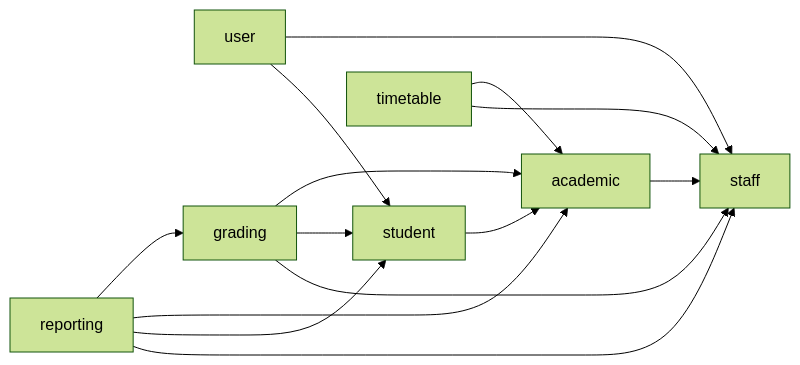
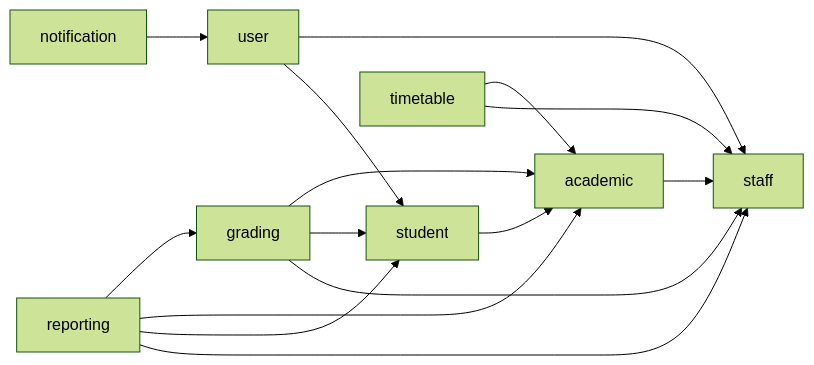
Before and after one commit to Elshamma-Project/School-Mgmt-Back: the diagram in docs/08-architecture-modulaire.md, drawn with Mermaid (forest theme). The commit also changed other lines of this file and 22 other files, not shown here.

````diff
--- a/docs/08-architecture-modulaire.md
+++ b/docs/08-architecture-modulaire.md
@@ -21,9 +22,10 @@
 ```mermaid
 flowchart LR
   user --> staff & student
   student --> academic
   grading --> academic & student & staff
   reporting --> grading & academic & student & staff
   timetable --> academic & staff
   academic --> staff
+  notification --> user
 ```
````
